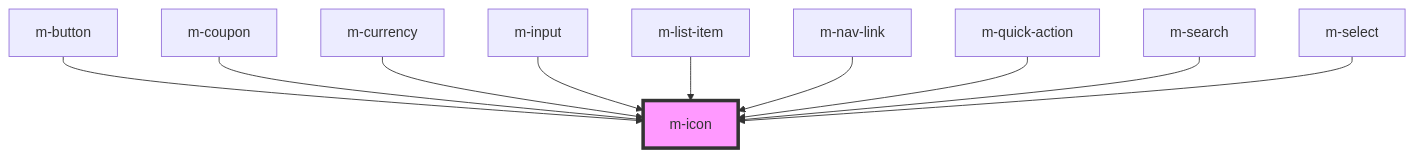
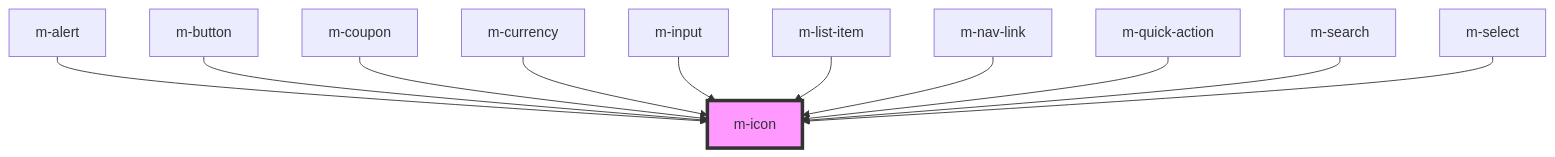
Before and after one commit to dynamic-framework/dynamic-ui: the diagram in design-system/src/components/m-icon/readme.md, drawn with Mermaid. The commit also changed other lines of this file and 3 other files, not shown here.

````diff
--- a/design-system/src/components/m-icon/readme.md
+++ b/design-system/src/components/m-icon/readme.md
@@ -34,13 +35,14 @@
 ```mermaid
 graph TD;
+  m-alert --> m-icon
   m-button --> m-icon
   m-coupon --> m-icon
   m-currency --> m-icon
   m-input --> m-icon
   m-list-item --> m-icon
   m-nav-link --> m-icon
   m-quick-action --> m-icon
   m-search --> m-icon
   m-select --> m-icon
   style m-icon fill:#f9f,stroke:#333,stroke-width:4px
 ```
````
